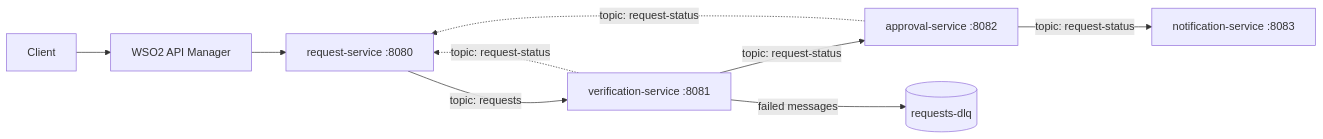
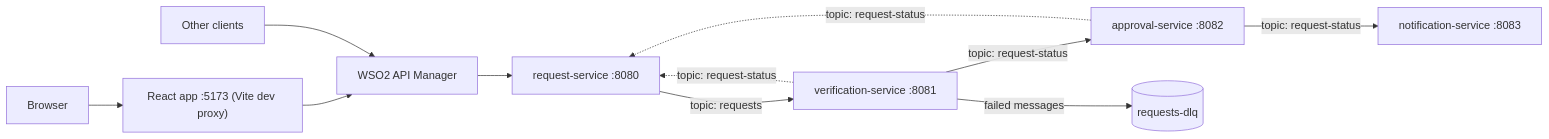
One commit to HarithaAthige/edl-service-request-system changed the diagram in README.md. Above: the diagram before and after it, drawn with Mermaid. The commit also changed other lines of this file and 2 other files, not shown here.

Commit message:
Update README: frontend, token refresh, screenshots, why Kafka and WSO2

````diff
--- a/README.md
+++ b/README.md
@@ -11,11 +21,13 @@
 ```mermaid
 flowchart LR
-    C[Client] --> W[WSO2 API Manager]
+    U[Browser] --> F["React app :5173 (Vite dev proxy)"]
+    F --> W[WSO2 API Manager]
+    C[Other clients] --> W
     W --> R[request-service :8080]
     R -- "topic: requests" --> V[verification-service :8081]
     V -- "topic: request-status" --> A[approval-service :8082]
     A -- "topic: request-status" --> N[notification-service :8083]
     V -. "topic: request-status" .-> R
     A -. "topic: request-status" .-> R
     V -- "failed messages" --> D[(requests-dlq)]
 ```
````
